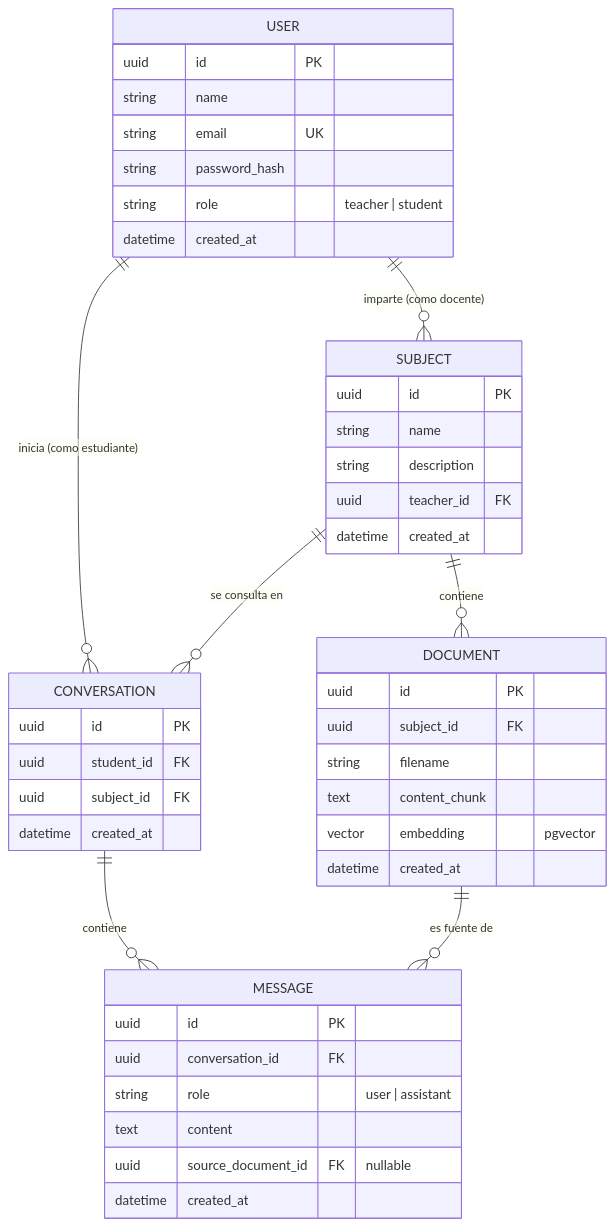
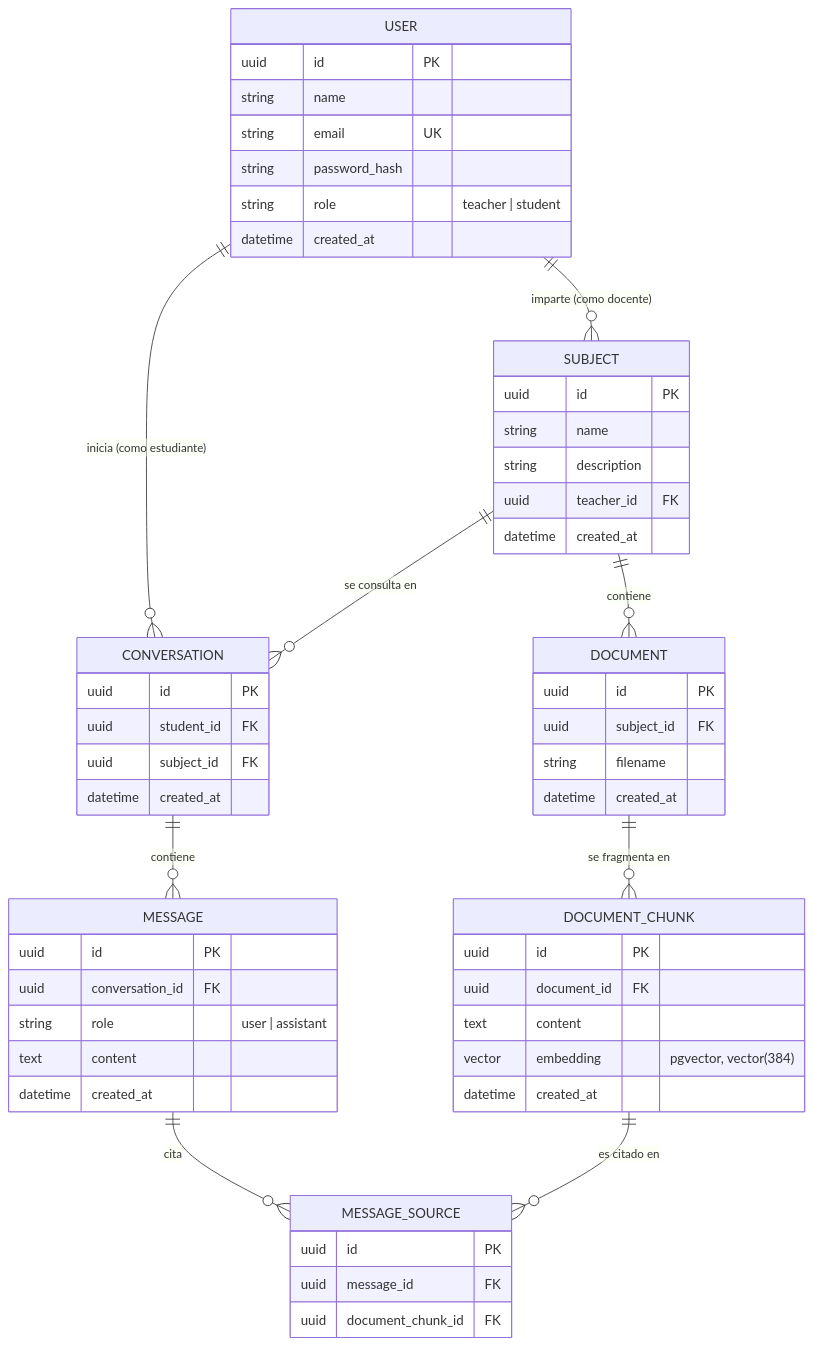
One commit to AlejandroNicolaide/AI4Devs-finalproject changed the third of 3 diagrams in readme.md. Above: the diagram before and after it, drawn with Mermaid. The commit also changed other lines of this file and 2 other files, not shown here.

````diff
--- a/readme.md
+++ b/readme.md
@@ -206,51 +207,64 @@
 ```mermaid
 erDiagram
     USER ||--o{ SUBJECT : "imparte (como docente)"
     USER ||--o{ CONVERSATION : "inicia (como estudiante)"
     SUBJECT ||--o{ DOCUMENT : "contiene"
+    DOCUMENT ||--o{ DOCUMENT_CHUNK : "se fragmenta en"
     SUBJECT ||--o{ CONVERSATION : "se consulta en"
     CONVERSATION ||--o{ MESSAGE : "contiene"
-    DOCUMENT ||--o{ MESSAGE : "es fuente de"
+    MESSAGE ||--o{ MESSAGE_SOURCE : "cita"
+    DOCUMENT_CHUNK ||--o{ MESSAGE_SOURCE : "es citado en"
 
     USER {
         uuid id PK
         string name
         string email UK
         string password_hash
         string role "teacher | student"
         datetime created_at
     }
 
     SUBJECT {
         uuid id PK
         string name
         string description
         uuid teacher_id FK
         datetime created_at
     }
 
     DOCUMENT {
         uuid id PK
         uuid subject_id FK
         string filename
-        text content_chunk
-        vector embedding "pgvector"
+        datetime created_at
+    }
+
+    DOCUMENT_CHUNK {
+        uuid id PK
+        uuid document_id FK
+        text content
+        vector embedding "pgvector, vector(384)"
         datetime created_at
     }
 
     CONVERSATION {
         uuid id PK
         uuid student_id FK
         uuid subject_id FK
         datetime created_at
     }
 
     MESSAGE {
         uuid id PK
         uuid conversation_id FK
         string role "user | assistant"
         text content
-        uuid source_document_id FK "nullable"
         datetime created_at
     }
+
+    MESSAGE_SOURCE {
+        uuid id PK
+        uuid message_id FK
+        uuid document_chunk_id FK
+    }
 ```
````
